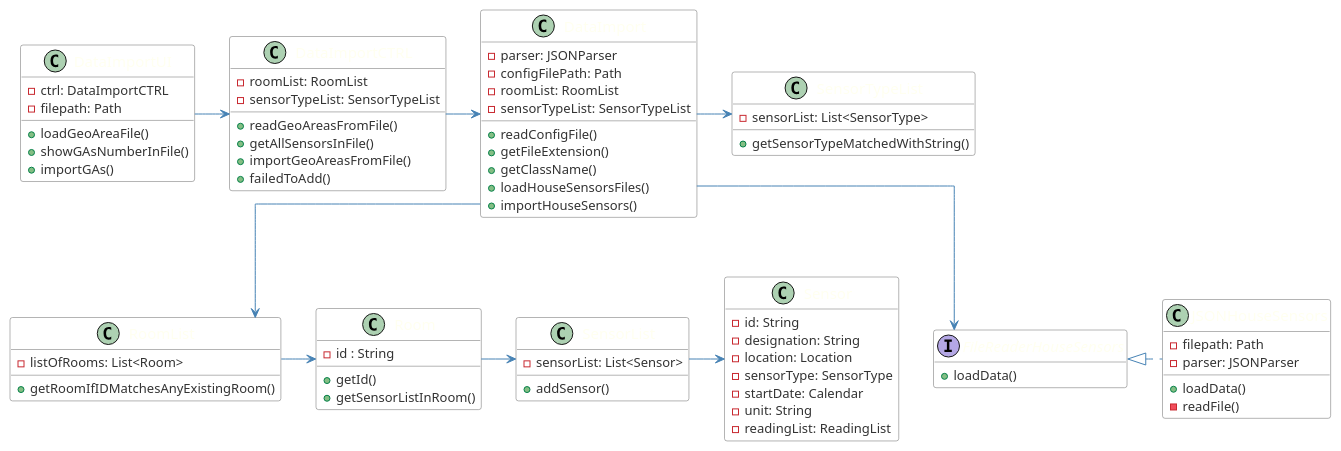
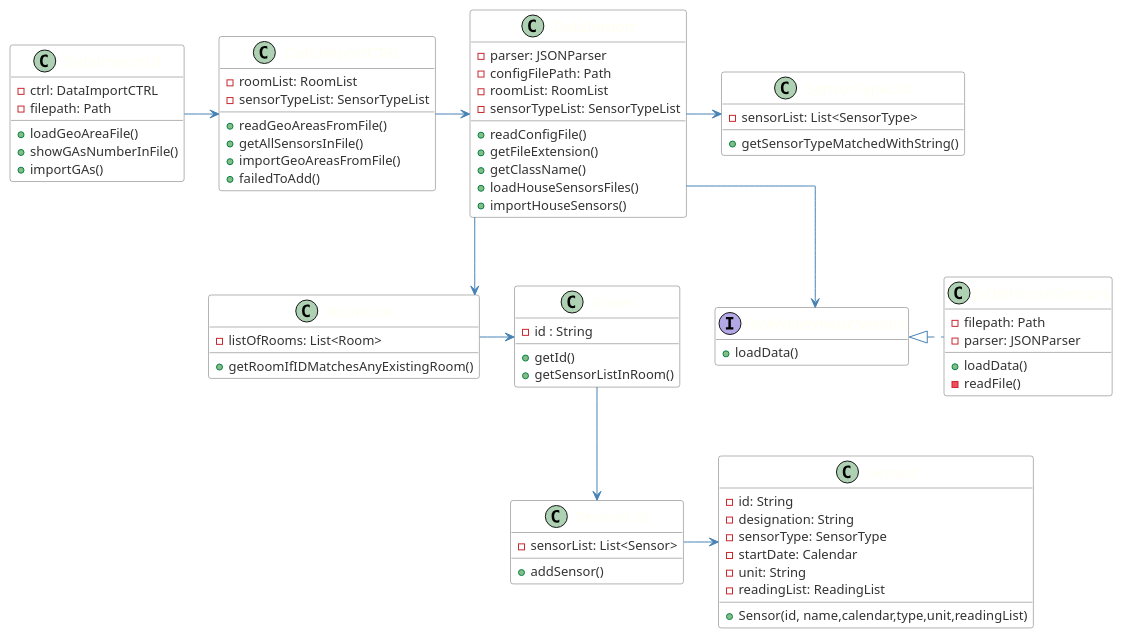
One commit to emanuel-pereira/hou changed the diagram in src/main/java/smarthome/controller/classDiagrams/cd_ImportHouseSensorsFromFile.puml. Above: the diagram before and after it, drawn with PlantUML.

Commit message:
US260: Update sequence diagram. Ref #155

```diff
--- a/src/main/java/smarthome/controller/classDiagrams/cd_ImportHouseSensorsFromFile.puml
+++ b/src/main/java/smarthome/controller/classDiagrams/cd_ImportHouseSensorsFromFile.puml
@@ -1,115 +1,111 @@
 @startuml
 skinparam linetype ortho
 hide empty members
 
 skinparam class {
 	ArrowColor SteelBlue
 	BorderColor Dimgray
 	HeaderBackgroundColor SteelBlue
 	BackgroundColor White
 	FontName Calibri bold
 	AttributeFontColor #333
 	AttributeFontName Calibri
 	AttributeFontSize 13
 	FontColor Ivory
 	FontSize 15
 }
 
 class DataImportUI{
 - ctrl: DataImportCTRL
 - filepath: Path
 
 + loadGeoAreaFile()
 + showGAsNumberInFile()
 + importGAs()
 }
 
 class DataImportCTRL{
 - roomList: RoomList
 - sensorTypeList: SensorTypeList
 
 + readGeoAreasFromFile()
 + getAllSensorsInFile()
 + importGeoAreasFromFile()
 + failedToAdd()
 }
 
 class DataImport{
 - parser: JSONParser
 - configFilePath: Path
 - roomList: RoomList
 - sensorTypeList: SensorTypeList
 
 + readConfigFile()
 + getFileExtension()
 + getClassName()
 + loadHouseSensorsFiles()
 + importHouseSensors()
 }
 
 interface FileReaderHouseSensors {
 + loadData()
 }
 
 class JSONHouseSensors{
 - filepath: Path
 - parser: JSONParser
 
 + loadData()
 - readFile()
 }
 
 class RoomList {
 - listOfRooms: List<Room>
 
 + getRoomIfIDMatchesAnyExistingRoom()
 }
 
 
 class Room {
 - id : String
 
 + getId()
 + getSensorListInRoom()
  }
 
 
- class SensorTypeList{
- - sensorList: List<SensorType>
+class SensorTypeList{
+- sensorList: List<SensorType>
 
- + getSensorTypeMatchedWithString()
++ getSensorTypeMatchedWithString()
+}
 
- }
+class SensorList{
+- sensorList: List<Sensor>
 
- class SensorList{
- - sensorList: List<Sensor>
++ addSensor()
+}
 
- + addSensor()
- }
+class Sensor {
+- id: String
+- designation: String
+- sensorType: SensorType
+- startDate: Calendar
+- unit: String
+- readingList: ReadingList
 
- class Sensor {
-   - id: String
-   - designation: String
-   - location: Location
-   - sensorType: SensorType
-   - startDate: Calendar
-   - unit: String
-   - readingList: ReadingList
-   }
++ Sensor(id, name,calendar,type,unit,readingList)
+}
 
+RoomList -> Room
+Room --> SensorList
+SensorList -> Sensor
 DataImportUI -> DataImportCTRL
 DataImportCTRL -> DataImport
-
+DataImport -> SensorTypeList
 DataImport --> RoomList
-RoomList -> Room
-
 DataImport --> FileReaderHouseSensors
 FileReaderHouseSensors <|. JSONHouseSensors
-DataImport -> SensorTypeList
-Room -> SensorList
-SensorList -> Sensor
-
-
 
 
 @enduml
```
